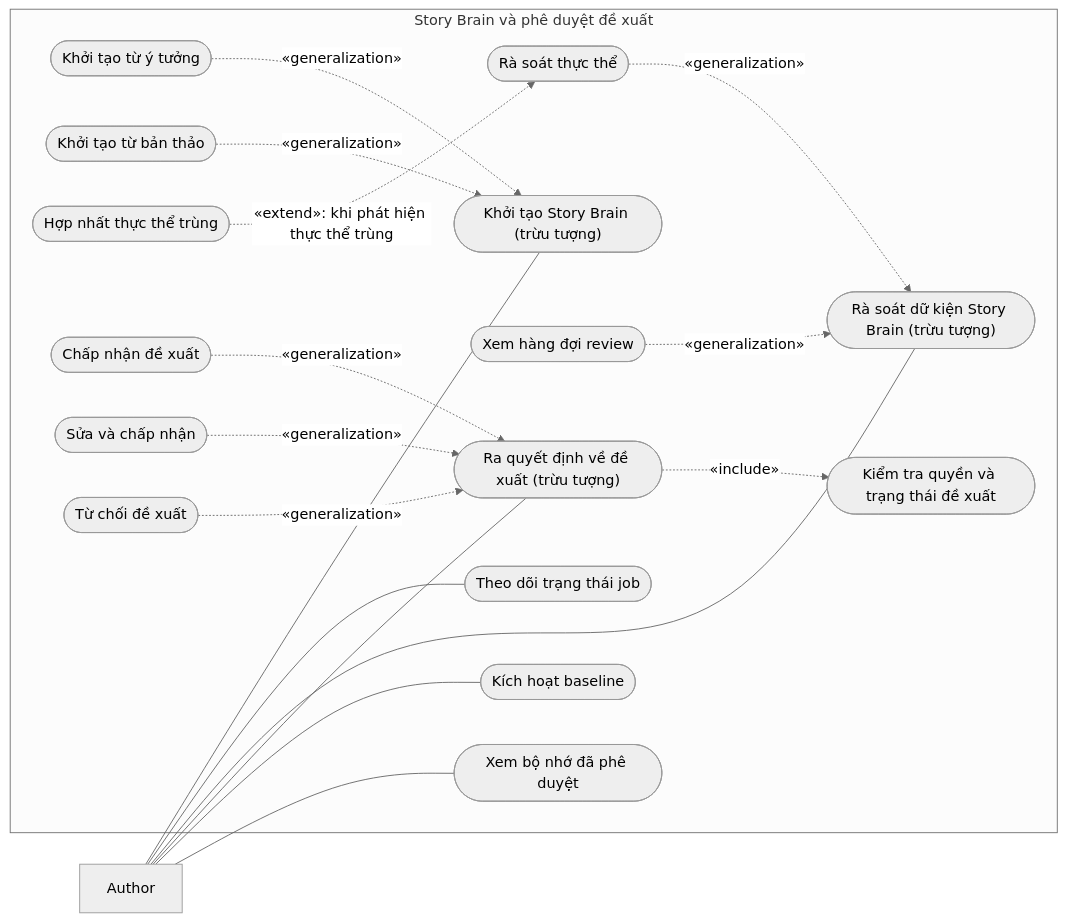
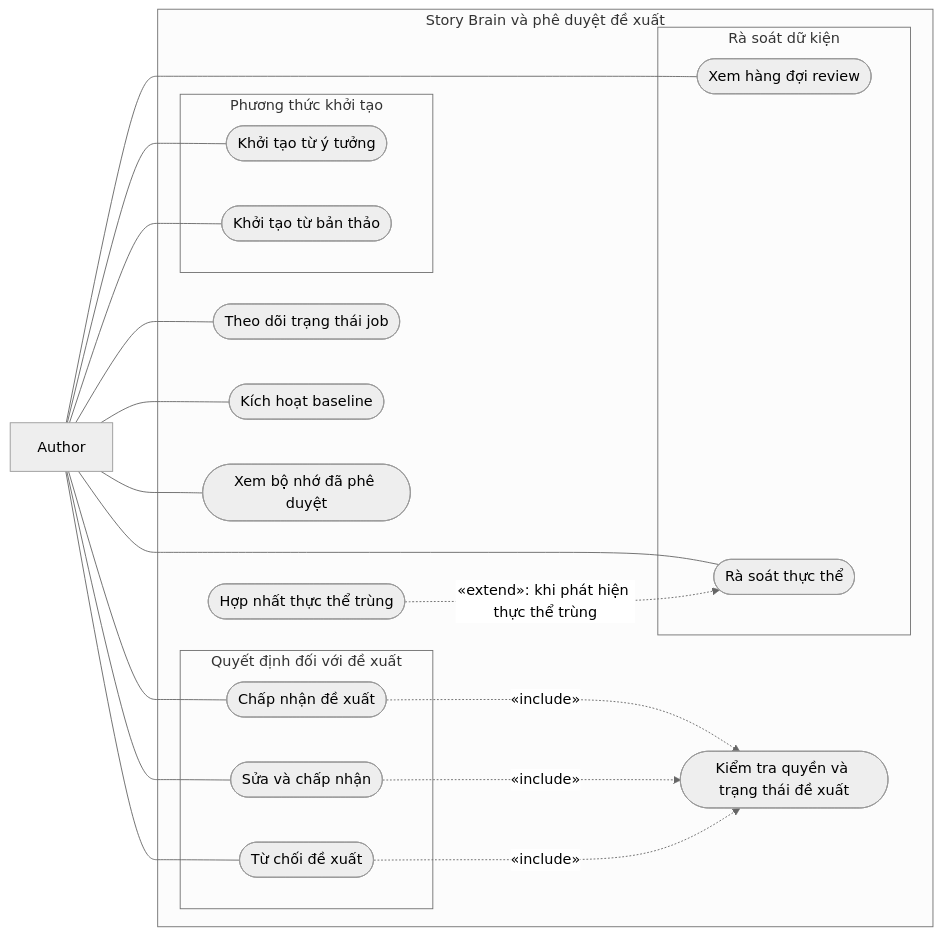
One commit to Ephurin/Novel_sharing_platform changed the first of 2 diagrams in docs/chuong-3-so-do/01c-usecase-ai.md. Above: the diagram before and after it, drawn with Mermaid (neutral theme). The commit also changed other lines of this file, not shown here.

Commit message:
docs: show include/extend relationships only in use cases

````diff
--- a/docs/chuong-3-so-do/01c-usecase-ai.md
+++ b/docs/chuong-3-so-do/01c-usecase-ai.md
@@ -7,36 +9,38 @@
 ```mermaid
 flowchart LR
     A["Author"]
     subgraph SYS["Story Brain và phê duyệt đề xuất"]
-        U1(["Khởi tạo Story Brain (trừu tượng)"])
-        U2(["Khởi tạo từ ý tưởng"])
-        U3(["Khởi tạo từ bản thảo"])
         U4(["Theo dõi trạng thái job"])
-        U5(["Rà soát dữ kiện Story Brain (trừu tượng)"])
-        U6(["Xem hàng đợi review"])
-        U7(["Rà soát thực thể"])
         U8(["Hợp nhất thực thể trùng"])
-        U9(["Ra quyết định về đề xuất (trừu tượng)"])
-        U10(["Chấp nhận đề xuất"])
-        U11(["Sửa và chấp nhận"])
-        U12(["Từ chối đề xuất"])
         U13(["Kiểm tra quyền và trạng thái đề xuất"])
         U14(["Kích hoạt baseline"])
         U15(["Xem bộ nhớ đã phê duyệt"])
+        subgraph G8_1["Phương thức khởi tạo"]
+            U2(["Khởi tạo từ ý tưởng"])
+            U3(["Khởi tạo từ bản thảo"])
+        end
+        subgraph G8_2["Rà soát dữ kiện"]
+            U6(["Xem hàng đợi review"])
+            U7(["Rà soát thực thể"])
+        end
+        subgraph G8_3["Quyết định đối với đề xuất"]
+            U10(["Chấp nhận đề xuất"])
+            U11(["Sửa và chấp nhận"])
+            U12(["Từ chối đề xuất"])
+        end
     end
-    A --- U1
+    A --- U2
+    A --- U3
     A --- U4
-    A --- U5
-    A --- U9
+    A --- U6
+    A --- U7
+    A --- U10
+    A --- U11
+    A --- U12
     A --- U14
     A --- U15
-    U2 -.->|"«generalization»"| U1
-    U3 -.->|"«generalization»"| U1
-    U6 -.->|"«generalization»"| U5
-    U7 -.->|"«generalization»"| U5
     U8 -.->|"«extend»: khi phát hiện thực thể trùng"| U7
-    U10 -.->|"«generalization»"| U9
-    U11 -.->|"«generalization»"| U9
-    U12 -.->|"«generalization»"| U9
-    U9 -.->|"«include»"| U13
+    U10 -.->|"«include»"| U13
+    U11 -.->|"«include»"| U13
+    U12 -.->|"«include»"| U13
 ```
````
